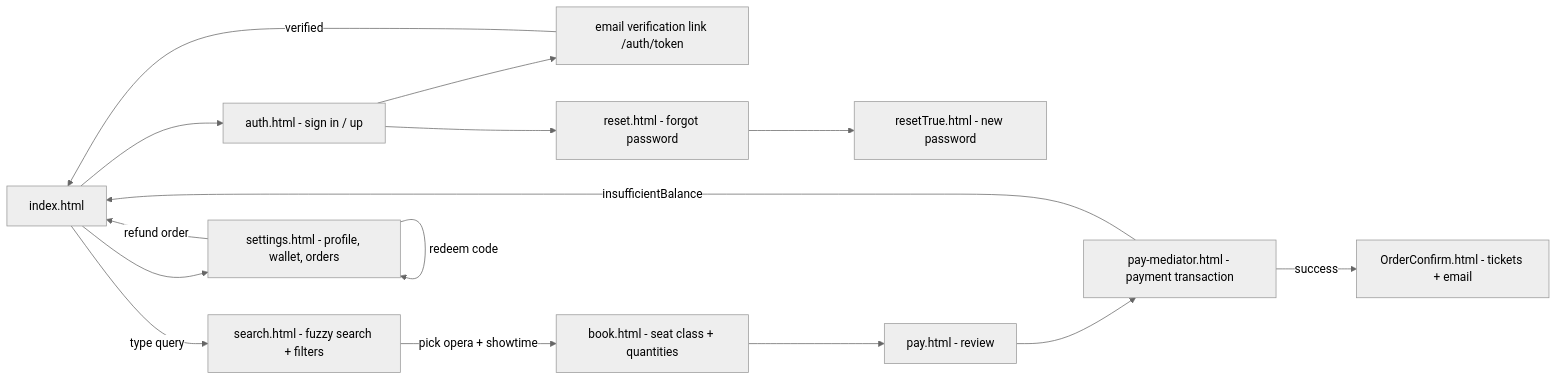
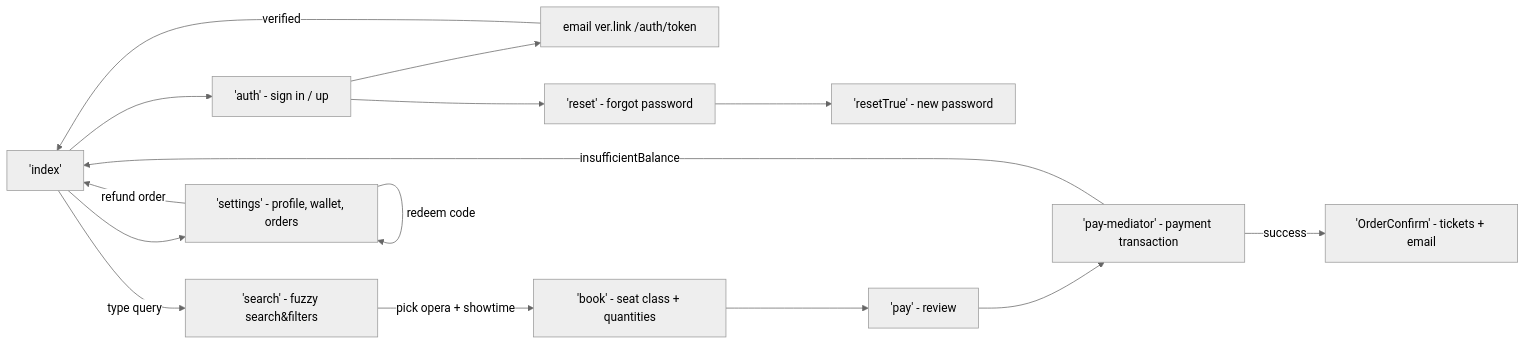
One commit to Azusalina/sba-proj changed the second of 21 diagrams in descriptions/a.md. Above: the diagram before and after it, drawn with Mermaid (neutral theme). The commit also changed other lines of this file, not shown here.

````diff
--- a/descriptions/a.md
+++ b/descriptions/a.md
@@ -89,17 +90,17 @@
 ```mermaid
 flowchart LR
-    A[index.html] -->|type query| B[search.html - fuzzy search + filters]
-    A --> C[auth.html - sign in / up]
-    C --> D[email verification link /auth/token]
+    A['index'] -->|type query| B['search' - fuzzy search&filters]
+    A --> C['auth' - sign in / up]
+    C --> D[email ver.link /auth/token]
     D -->|verified| A
-    C --> R[reset.html - forgot password]
-    R --> RT[resetTrue.html - new password]
-    B -->|pick opera + showtime| E[book.html - seat class + quantities]
-    E --> F[pay.html - review]
-    F --> G[pay-mediator.html - payment transaction]
+    C --> R['reset' - forgot password]
+    R --> RT['resetTrue' - new password]
+    B -->|pick opera + showtime| E['book' - seat class + quantities]
+    E --> F['pay' - review]
+    F --> G['pay-mediator' - payment transaction]
     G -->|insufficientBalance| A
-    G -->|success| H[OrderConfirm.html - tickets + email]
-    A --> I[settings.html - profile, wallet, orders]
+    G -->|success| H['OrderConfirm' - tickets + email]
+    A --> I['settings' - profile, wallet, orders]
     I -->|redeem code| I
     I -->|refund order| A
 ```
````
